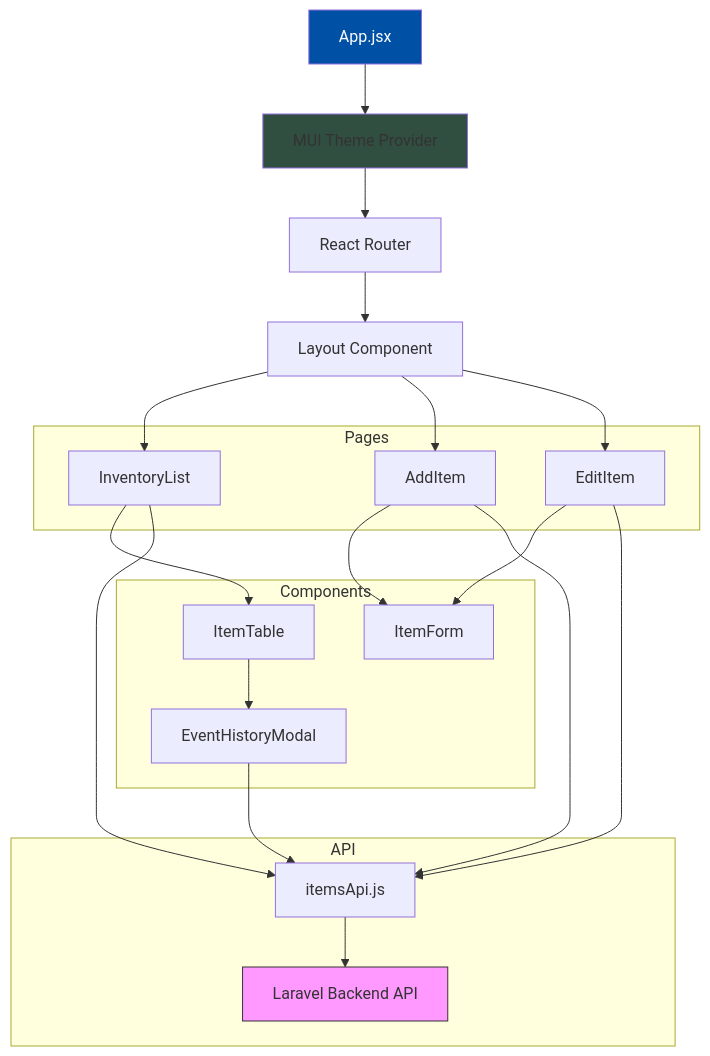
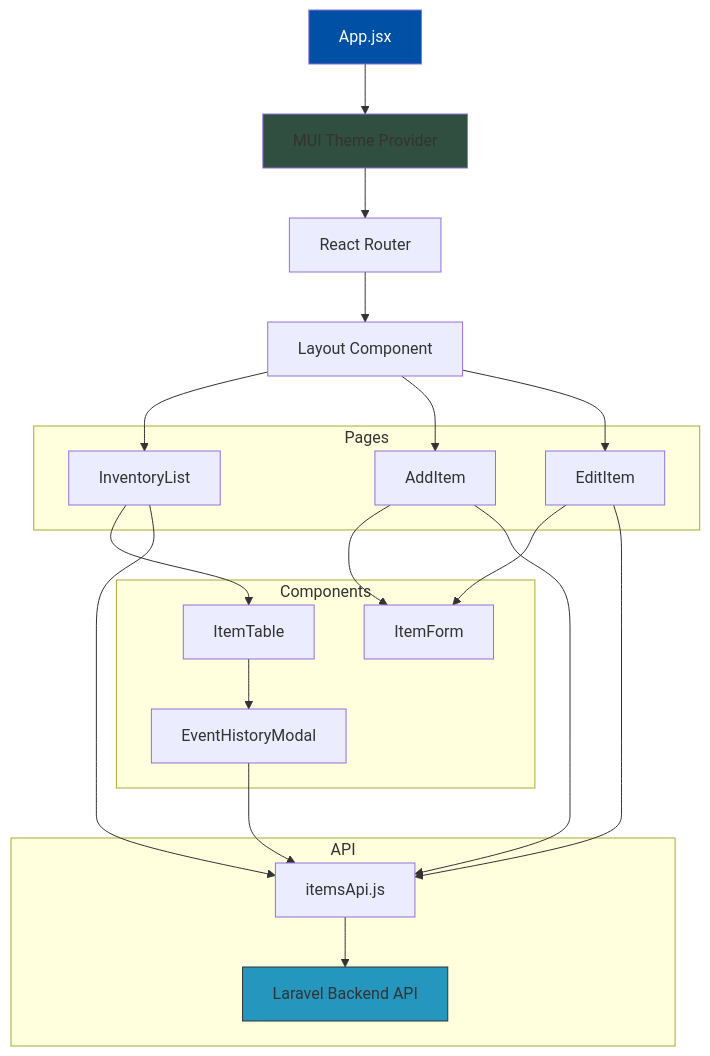
One commit to mkhairul/rbc-frontend changed the first of 3 diagrams in README.md. Above: the diagram before and after it, drawn with Mermaid. The commit also changed other lines of this file, not shown here.

````diff
--- a/README.md
+++ b/README.md
@@ -23,46 +23,46 @@
 ```mermaid
 graph TB
     App[App.jsx]
     Router[React Router]
     Theme[MUI Theme Provider]
     Layout[Layout Component]
     
     subgraph Pages
         Inventory[InventoryList]
         AddItem[AddItem]
         EditItem[EditItem]
     end
     
     subgraph Components
         ItemTable[ItemTable]
         ItemForm[ItemForm]
         EventModal[EventHistoryModal]
     end
     
     subgraph API
         ItemsAPI[itemsApi.js]
         Backend[Laravel Backend API]
     end
     
     App --> Theme
     Theme --> Router
     Router --> Layout
     Layout --> Inventory
     Layout --> AddItem
     Layout --> EditItem
     
     Inventory --> ItemTable
     AddItem --> ItemForm
     EditItem --> ItemForm
     ItemTable --> EventModal
     
     Inventory --> ItemsAPI
     AddItem --> ItemsAPI
     EditItem --> ItemsAPI
     EventModal --> ItemsAPI
     ItemsAPI --> Backend
     
     style App fill:#0051A5,color:#fff
     style Theme fill:#314F40 
-    style Backend fill:#f9f,stroke:#333
+    style Backend fill:#2596be,stroke:#333
 ```
````
